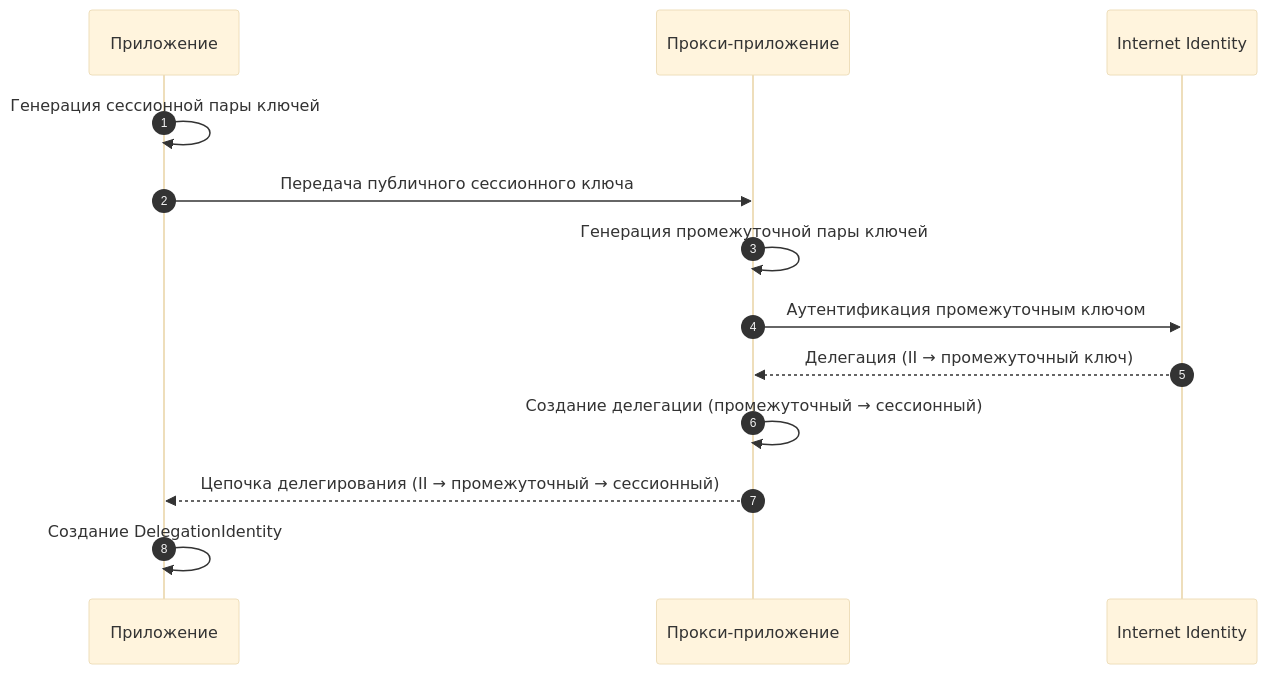
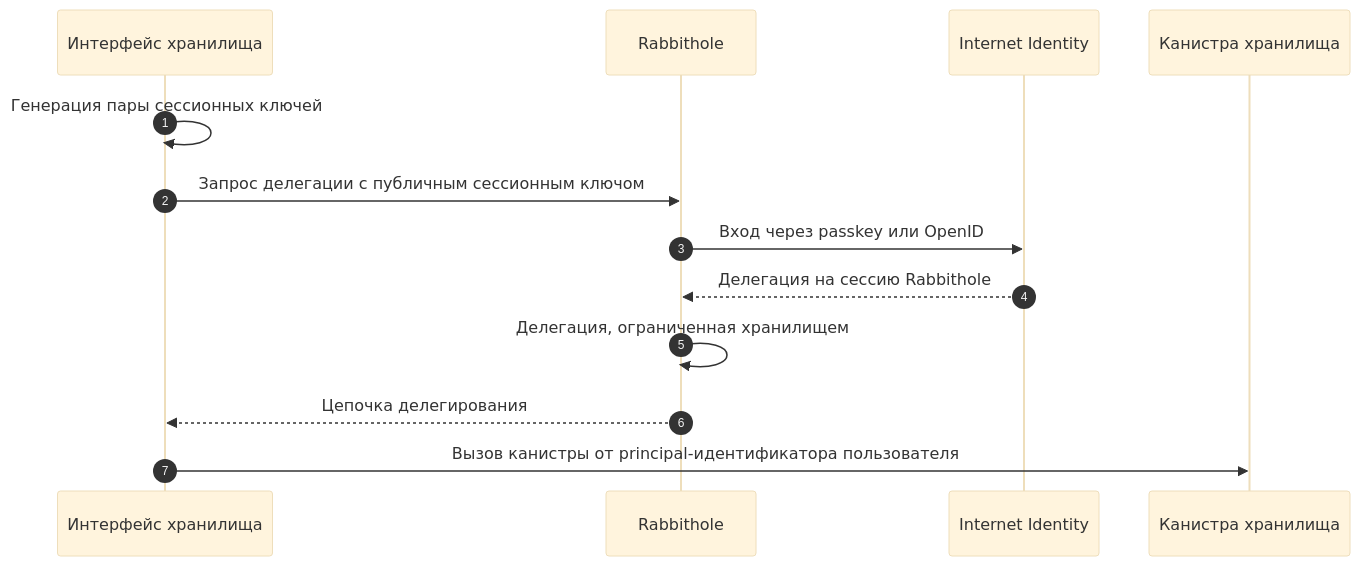
Before and after one commit to rabbithole-app/v2: the third of 4 diagrams in apps/docs/src/ru/how-it-works/authentication.md, drawn with Mermaid (base theme). The commit also changed other lines of this file and 36 other files, not shown here.

````diff
--- a/apps/docs/src/ru/how-it-works/authentication.md
+++ b/apps/docs/src/ru/how-it-works/authentication.md
@@ -72,16 +211,16 @@
 ```mermaid
 sequenceDiagram
     autonumber
-    participant App as Приложение
-    participant Proxy as Прокси-приложение
+    participant S as Интерфейс хранилища
+    participant R as Rabbithole
     participant II as Internet Identity
+    participant C as Канистра хранилища
 
-    App->>App: Генерация сессионной пары ключей
-    App->>Proxy: Передача публичного сессионного ключа
-    Proxy->>Proxy: Генерация промежуточной пары ключей
-    Proxy->>II: Аутентификация промежуточным ключом
-    II-->>Proxy: Делегация (II → промежуточный ключ)
-    Proxy->>Proxy: Создание делегации (промежуточный → сессионный)
-    Proxy-->>App: Цепочка делегирования (II → промежуточный → сессионный)
-    App->>App: Создание DelegationIdentity
+    S->>S: Генерация пары сессионных ключей
+    S->>R: Запрос делегации с публичным сессионным ключом
+    R->>II: Вход через passkey или OpenID
+    II-->>R: Делегация на сессию Rabbithole
+    R->>R: Делегация, ограниченная хранилищем
+    R-->>S: Цепочка делегирования
+    S->>C: Вызов канистры от principal-идентификатора пользователя
 ```
````
